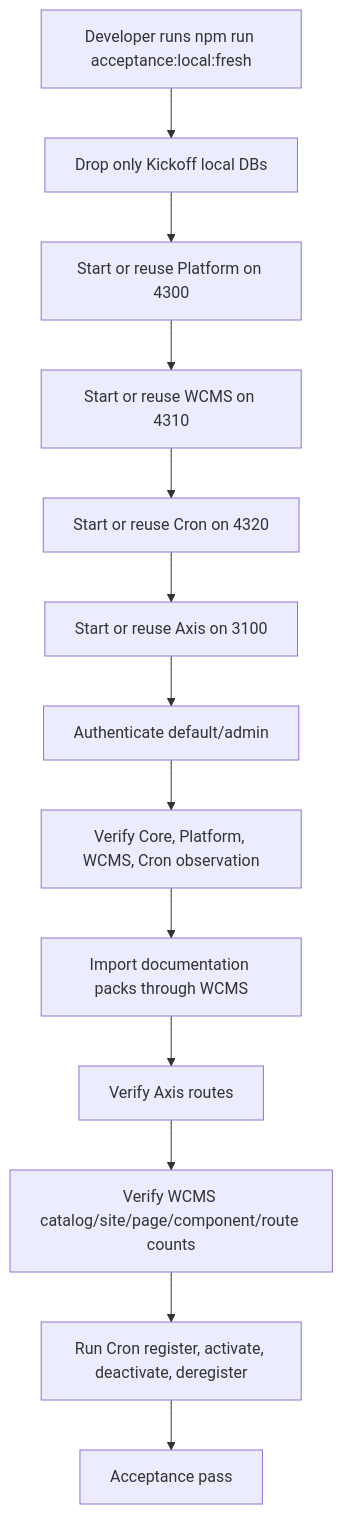
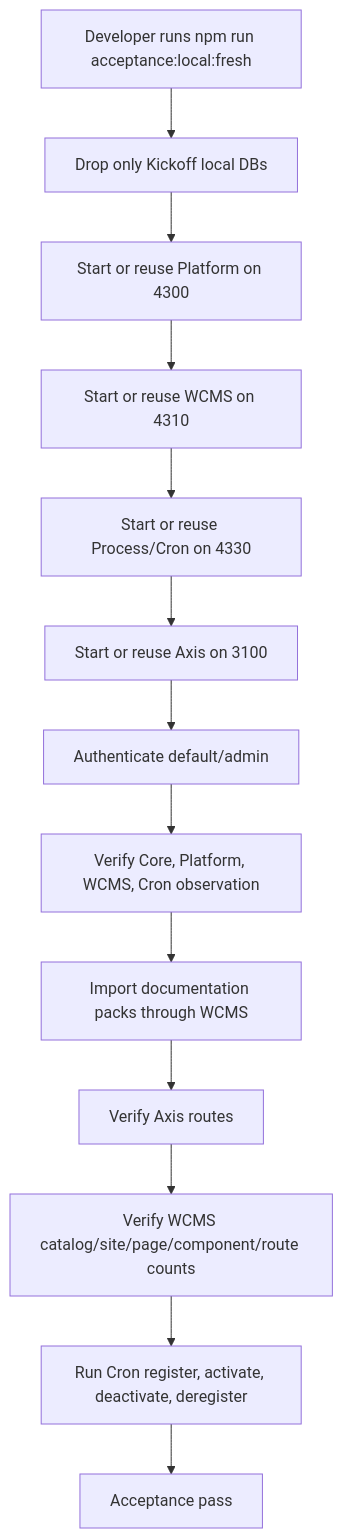
Before and after one commit to Nodics/nodics.kickoff: the diagram in data/core/source/documentation/pages/local-acceptance-checklist.md, drawn with Mermaid. The commit also changed other lines of this file and 9 other files, not shown here.

````diff
--- a/data/core/source/documentation/pages/local-acceptance-checklist.md
+++ b/data/core/source/documentation/pages/local-acceptance-checklist.md
@@ -136,15 +138,15 @@
 ```mermaid
 flowchart TD
   Start["Developer runs npm run acceptance:local:fresh"] --> Drop["Drop only Kickoff local DBs"]
   Drop --> Platform["Start or reuse Platform on 4300"]
   Platform --> WCMS["Start or reuse WCMS on 4310"]
-  WCMS --> Cron["Start or reuse Cron on 4320"]
-  Cron --> Axis["Start or reuse Axis on 3100"]
+  WCMS --> Process["Start or reuse Process/Cron on 4330"]
+  Process --> Axis["Start or reuse Axis on 3100"]
   Axis --> Auth["Authenticate default/admin"]
   Auth --> Registry["Verify Core, Platform, WCMS, Cron observation"]
   Registry --> Docs["Import documentation packs through WCMS"]
   Docs --> Routes["Verify Axis routes"]
   Routes --> Counts["Verify WCMS catalog/site/page/component/route counts"]
   Counts --> Lifecycle["Run Cron register, activate, deactivate, deregister"]
   Lifecycle --> Pass["Acceptance pass"]
 ```
````
